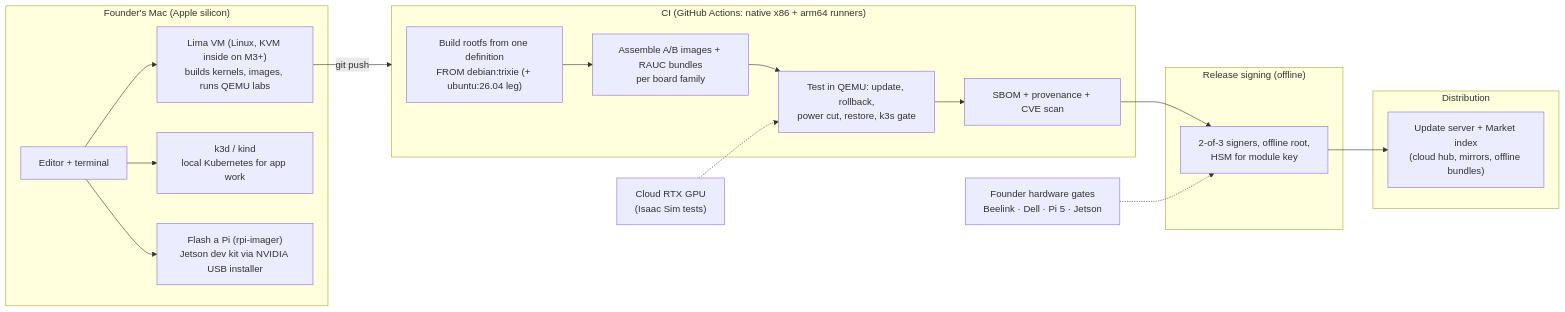
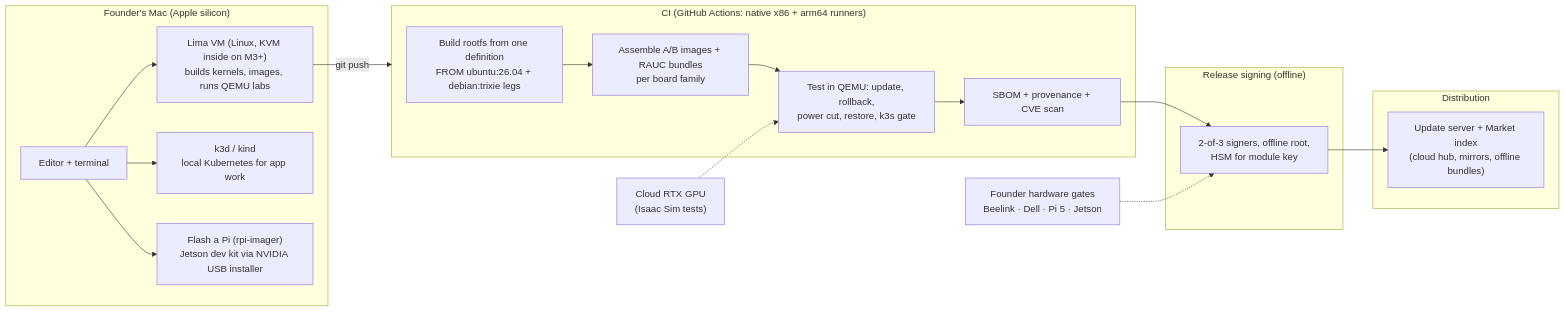
Before and after one commit to onemindos/ONEMINDOS: the diagram in research-output/report/diagrams/mac-ci.mmd, drawn with Mermaid. The commit also changed 326 other files, not shown here.

```diff
--- a/research-output/report/diagrams/mac-ci.mmd
+++ b/research-output/report/diagrams/mac-ci.mmd
@@ -1,23 +1,23 @@
 flowchart LR
   subgraph MAC["Founder's Mac (Apple silicon)"]
     ED["Editor + terminal"] --> LIMA["Lima VM (Linux, KVM inside on M3+)<br/>builds kernels, images, runs QEMU labs"]
     ED --> K3D["k3d / kind<br/>local Kubernetes for app work"]
     ED --> FL["Flash a Pi (rpi-imager)<br/>Jetson dev kit via NVIDIA USB installer"]
   end
   subgraph CI["CI (GitHub Actions: native x86 + arm64 runners)"]
-    B1["Build rootfs from one definition<br/>FROM debian:trixie (+ ubuntu:26.04 leg)"]
+    B1["Build rootfs from one definition<br/>FROM ubuntu:26.04 + debian:trixie legs"]
     B2["Assemble A/B images + RAUC bundles<br/>per board family"]
     B3["Test in QEMU: update, rollback,<br/>power cut, restore, k3s gate"]
     B4["SBOM + provenance + CVE scan"]
     B1 --> B2 --> B3 --> B4
   end
   subgraph SIGN["Release signing (offline)"]
     S1["2-of-3 signers, offline root,<br/>HSM for module key"]
   end
   subgraph OUT["Distribution"]
     O1["Update server + Market index<br/>(cloud hub, mirrors, offline bundles)"]
   end
   LIMA -->|git push| CI
   B4 --> S1 --> O1
   GPU["Cloud RTX GPU<br/>(Isaac Sim tests)"] -.-> B3
   HW["Founder hardware gates<br/>Beelink · Dell · Pi 5 · Jetson"] -.-> S1
```
